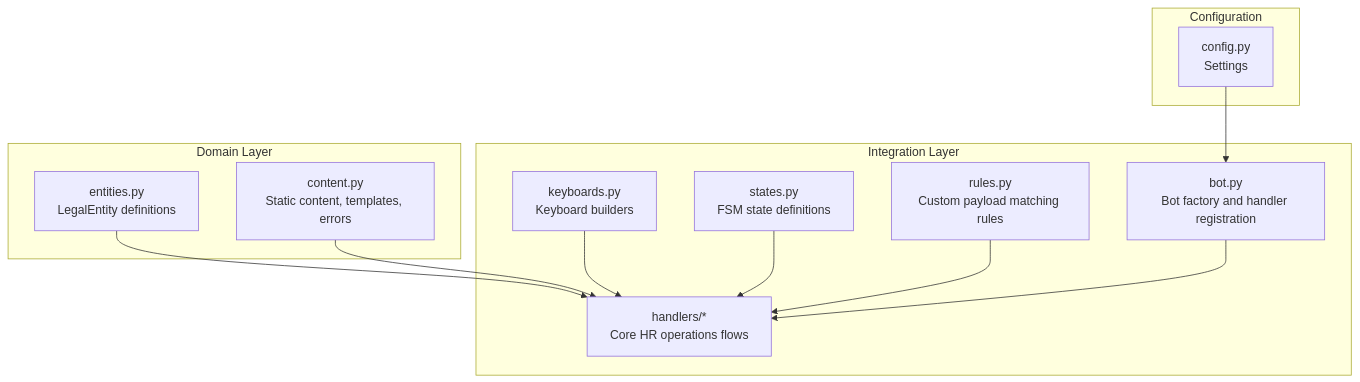
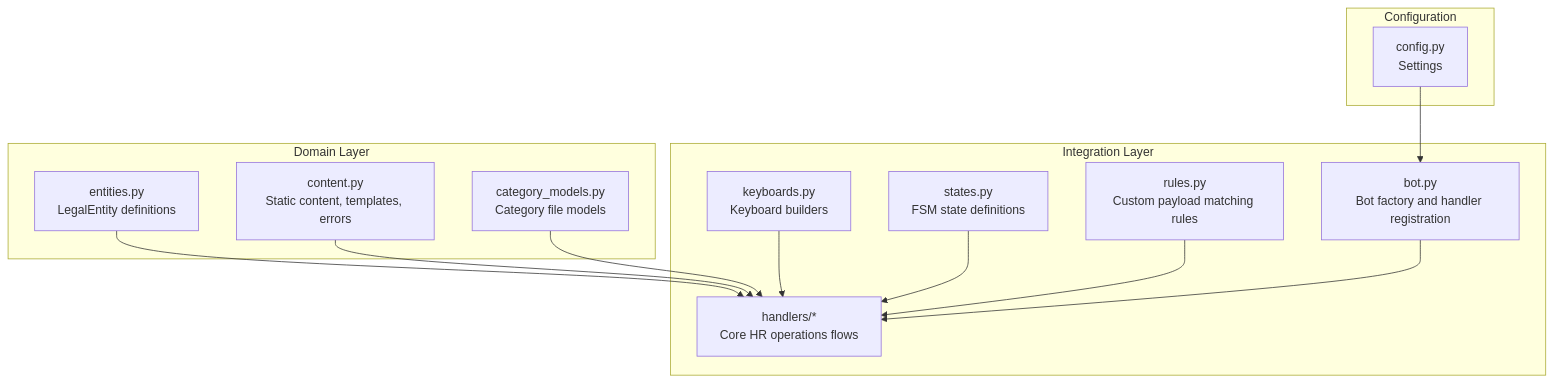
The first of 16 diagrams in .qoder/repowiki/en/content/VK Integration/Employment Lifecycle Management.md (ognelis/cafetera_hr_bot), drawn with Mermaid before and after one commit. The commit also changed other lines of this file and 14 other files, not shown here.

````diff
--- a/.qoder/repowiki/en/content/VK Integration/Employment Lifecycle Management.md
+++ b/.qoder/repowiki/en/content/VK Integration/Employment Lifecycle Management.md
@@ -51,24 +52,26 @@
 ```mermaid
 graph TB
 subgraph "Domain Layer"
 D1["entities.py<br/>LegalEntity definitions"]
 D2["content.py<br/>Static content, templates, errors"]
+D3["category_models.py<br/>Category file models"]
 end
 subgraph "Integration Layer"
 I1["bot.py<br/>Bot factory and handler registration"]
 I2["keyboards.py<br/>Keyboard builders"]
 I3["states.py<br/>FSM state definitions"]
 I4["handlers/*<br/>Core HR operations flows"]
 I5["rules.py<br/>Custom payload matching rules"]
 end
 subgraph "Configuration"
 C1["config.py<br/>Settings"]
 end
 D1 --> I4
 D2 --> I4
+D3 --> I4
 I2 --> I4
 I3 --> I4
 I5 --> I4
 I1 --> I4
 C1 --> I1
 ```
````
